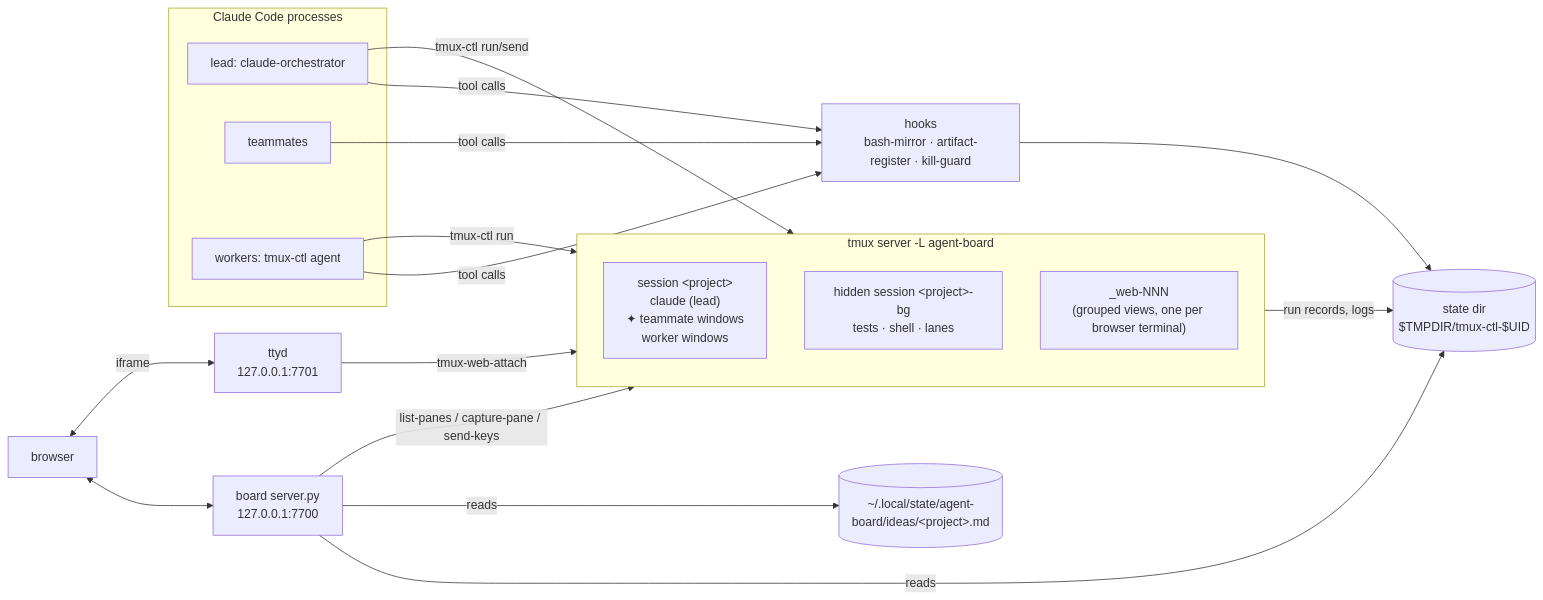
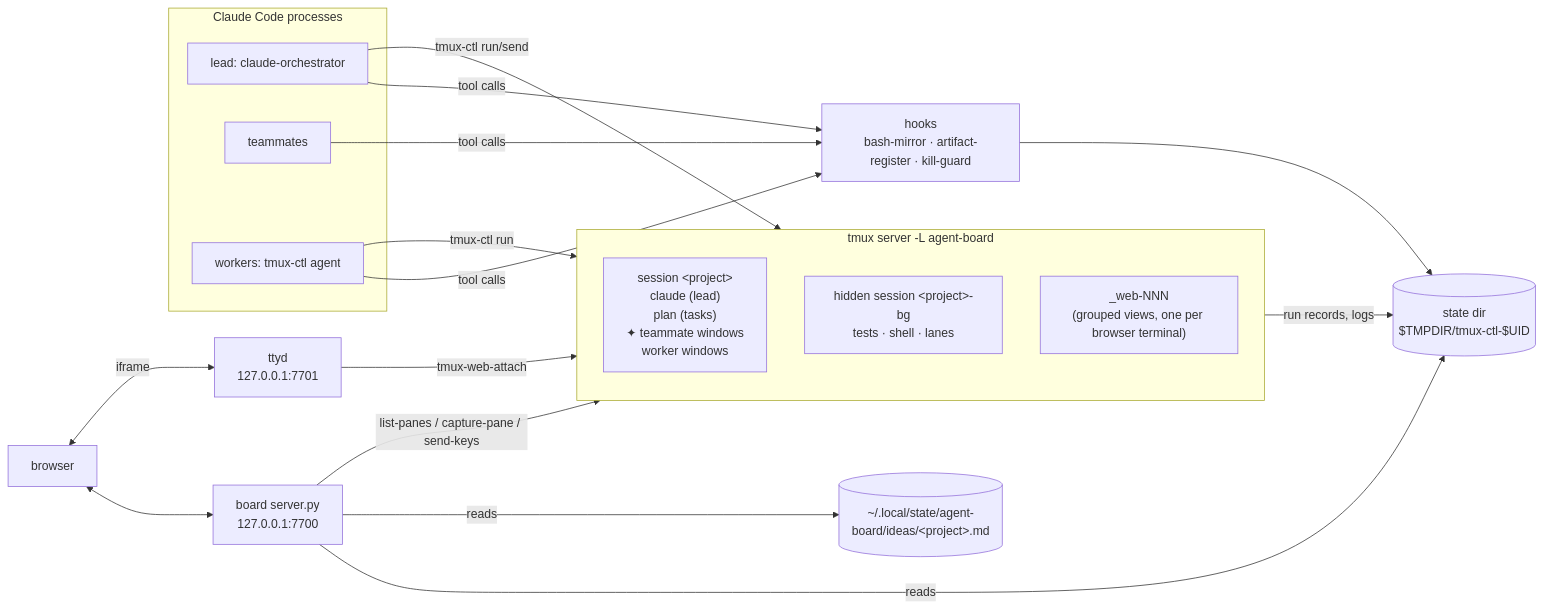
One commit to cisco-trkkn/agent-board changed the first of 2 diagrams in docs/ARCHITECTURE.md. Above: the diagram before and after it, drawn with Mermaid. The commit also changed other lines of this file and 5 other files, not shown here.

Commit message:
docs(rules): describe the plan window in the windows tables and docs

````diff
--- a/docs/ARCHITECTURE.md
+++ b/docs/ARCHITECTURE.md
@@ -11,29 +11,29 @@
 ```mermaid
 flowchart LR
   subgraph tmux["tmux server -L agent-board"]
     direction TB
-    P["session &lt;project&gt;<br/>claude (lead)<br/>✦ teammate windows<br/>worker windows"]
+    P["session &lt;project&gt;<br/>claude (lead)<br/>plan (tasks)<br/>✦ teammate windows<br/>worker windows"]
     BG["hidden session &lt;project&gt;-bg<br/>tests · shell · lanes"]
     W["_web-NNN<br/>(grouped views, one per browser terminal)"]
   end
   subgraph claude["Claude Code processes"]
     L[lead: claude-orchestrator]
     T[teammates]
     K[workers: tmux-ctl agent]
   end
   H["hooks<br/>bash-mirror · artifact-register · kill-guard"]
   S[("state dir<br/>$TMPDIR/tmux-ctl-$UID")]
   I[("~/.local/state/agent-board/ideas/&lt;project&gt;.md")]
   B["board server.py<br/>127.0.0.1:7700"]
   Y["ttyd<br/>127.0.0.1:7701"]
   UI["browser"]
 
   L -- tmux-ctl run/send --> BG
   K -- tmux-ctl run --> BG
   L & T & K -- tool calls --> H --> S
   BG -- run records, logs --> S
   B -- reads --> S & I
   B -- list-panes / capture-pane / send-keys --> tmux
   UI <--> B
   UI <-- iframe --> Y -- tmux-web-attach --> W
 ```
````
